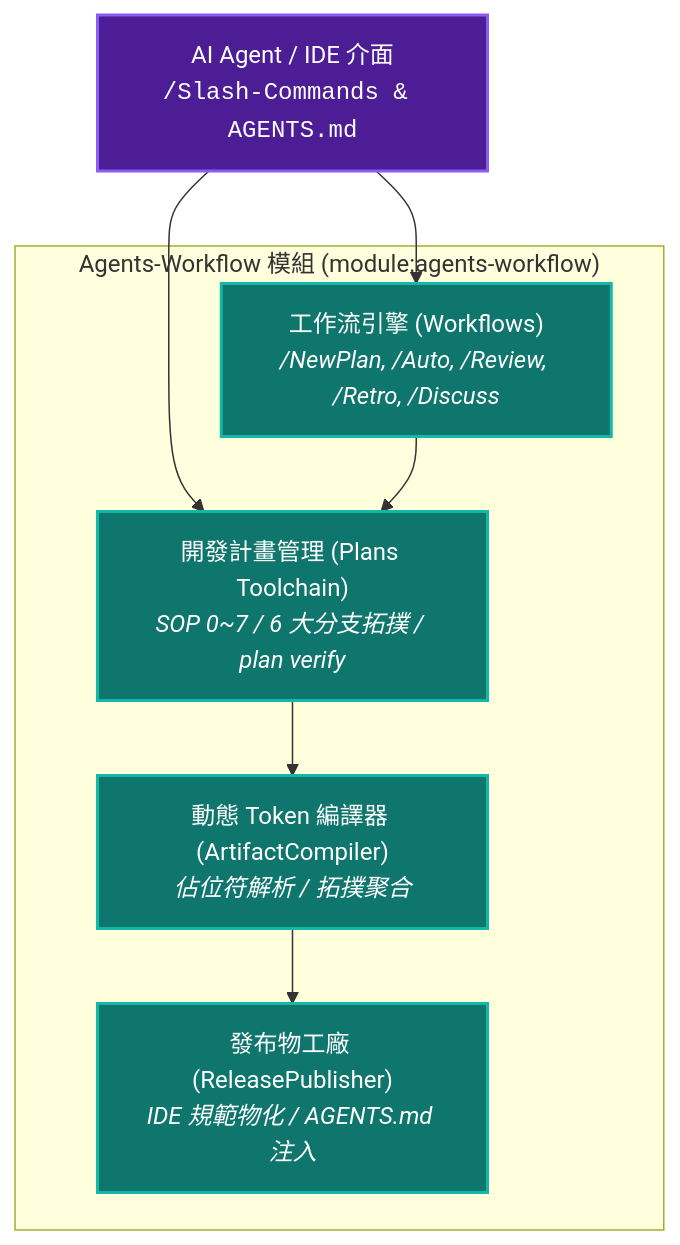
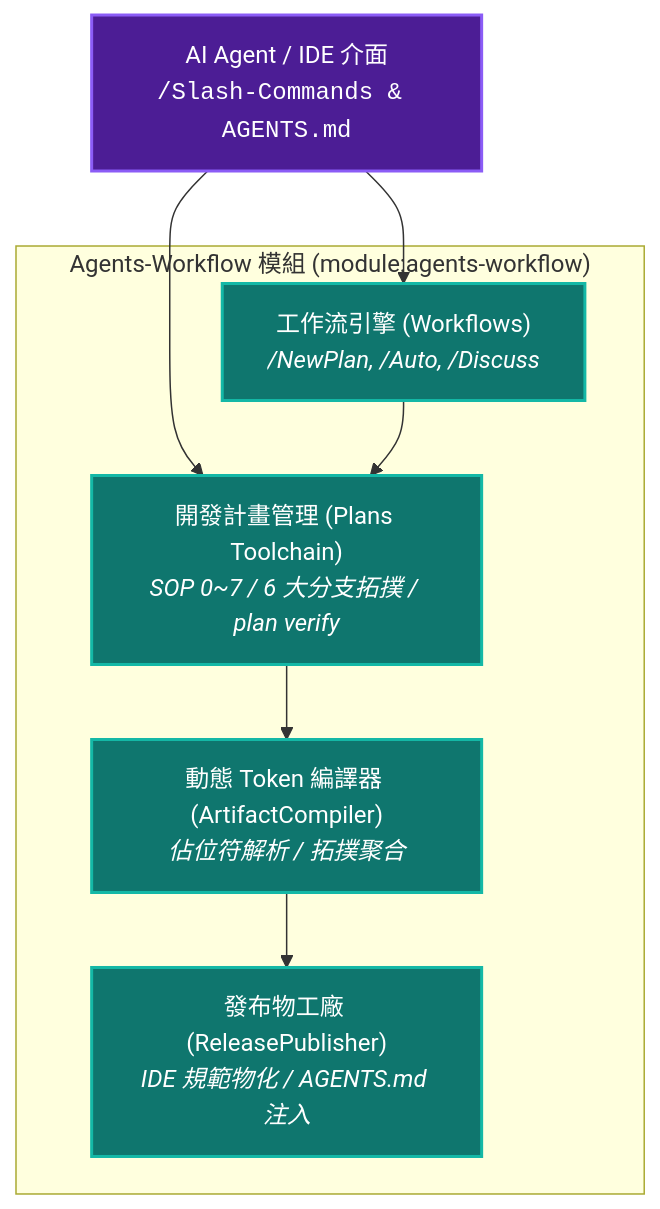
The first of 2 diagrams in ys_codebase/source/agents-workflow/README.md (ysnaive/ys-codebase), drawn with Mermaid before and after one commit. The commit also changed other lines of this file and 61 other files, not shown here.

````diff
--- a/ys_codebase/source/agents-workflow/README.md
+++ b/ys_codebase/source/agents-workflow/README.md
@@ -12,20 +12,20 @@
 ```mermaid
 graph TD
     classDef main fill:#4c1d95,stroke:#8b5cf6,stroke-width:2px,color:#fff;
     classDef sub fill:#0f766e,stroke:#14b8a6,stroke-width:2px,color:#fff;
 
     IDE["AI Agent / IDE 介面<br/><code>/Slash-Commands & AGENTS.md</code>"]:::main
 
     subgraph WorkflowModule ["Agents-Workflow 模組 (module:agents-workflow)"]
-        Workflows["工作流引擎 (Workflows)<br/><i>/NewPlan, /Auto, /Review, /Retro, /Discuss</i>"]:::sub
+        Workflows["工作流引擎 (Workflows)<br/><i>/NewPlan, /Auto, /Discuss</i>"]:::sub
         PlanManager["開發計畫管理 (Plans Toolchain)<br/><i>SOP 0~7 / 6 大分支拓撲 / plan verify</i>"]:::sub
         Compiler["動態 Token 編譯器 (ArtifactCompiler)<br/><i>佔位符解析 / 拓撲聚合</i>"]:::sub
         Publisher["發布物工廠 (ReleasePublisher)<br/><i>IDE 規範物化 / AGENTS.md 注入</i>"]:::sub
     end
 
     IDE --> Workflows
     IDE --> PlanManager
     Workflows --> PlanManager
     PlanManager --> Compiler
     Compiler --> Publisher
 ```
````
